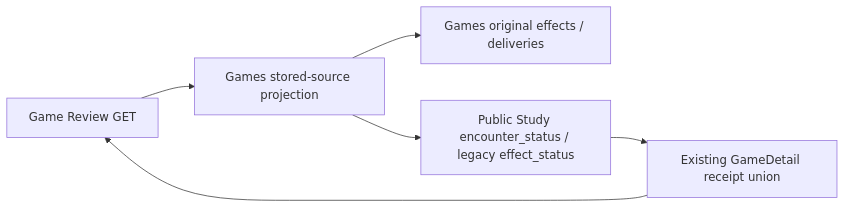
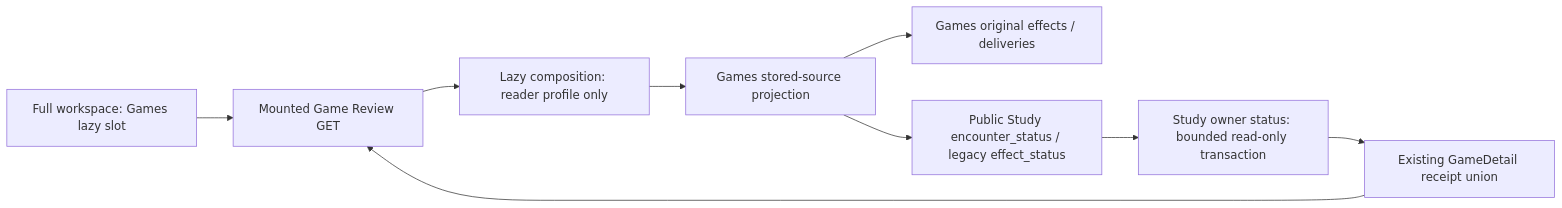
Before and after one commit to aaweaver-actuary/tempo: the diagram in backend/app/games/feedback/interfaces/README.md, drawn with Mermaid. The commit also changed other lines of this file and 10 other files, not shown here.

Commit message:
feat(games): mount review with reader-only receipt status

````diff
--- a/backend/app/games/feedback/interfaces/README.md
+++ b/backend/app/games/feedback/interfaces/README.md
@@ -40,8 +40,11 @@
 ```mermaid
 flowchart LR
-  Get["Game Review GET"] --> View["Games stored-source projection"]
+  Nav["Full workspace: Games lazy slot"] --> Get["Mounted Game Review GET"]
+  Get --> Root["Lazy composition: reader profile only"]
+  Root --> View["Games stored-source projection"]
   View --> Source["Games original effects / deliveries"]
   View --> Status["Public Study encounter_status / legacy effect_status"]
-  Status --> Wire["Existing GameDetail receipt union"]
+  Status --> Reader["Study owner status: bounded read-only transaction"]
+  Reader --> Wire["Existing GameDetail receipt union"]
   Wire --> Get
 ```
````
